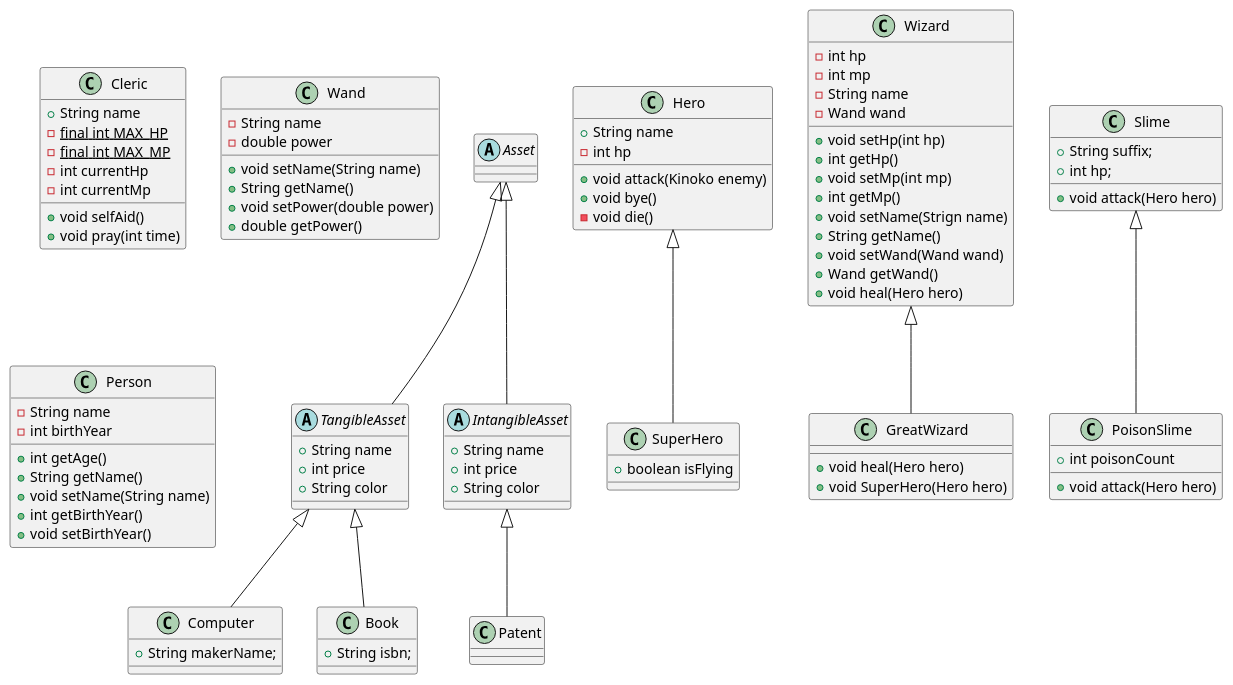
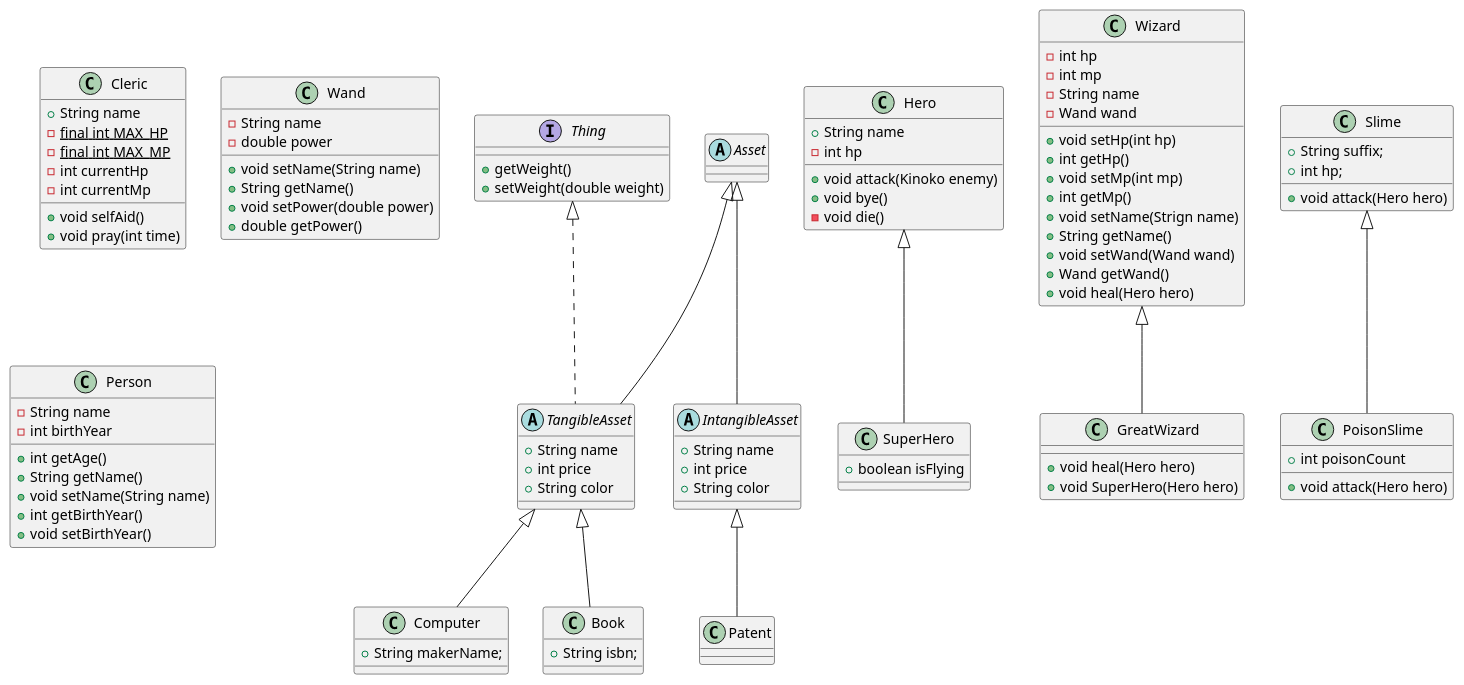
One commit to SurvivalCodingCampus/polytech_java_study changed the diagram in src/main/java/com/survivalcoding/game.puml. Above: the diagram before and after it, drawn with PlantUML.

Commit message:
design: Thing 인터페이스 추가

```diff
--- a/src/main/java/com/survivalcoding/game.puml
+++ b/src/main/java/com/survivalcoding/game.puml
@@ -1,97 +1,100 @@
 @startuml
 'https://plantuml.com/class-diagram
 class Computer extends TangibleAsset{
     + String makerName;
 }
 class Book extends TangibleAsset{
     + String isbn;
 }
-abstract class TangibleAsset extends Asset{
+abstract class TangibleAsset extends Asset implements Thing{
     + String name
     + int price
     + String color
 }
 class Patent extends IntangibleAsset{
 }
 abstract class IntangibleAsset extends Asset{
     + String name
     + int price
     + String color
 }
 abstract class Asset{
 }
-
+interface Thing{
+    + getWeight()
+    + setWeight(double weight)
+}
 
 class SuperHero extends Hero{
     + boolean isFlying
 }
 
 class Cleric{
     + String name
     - {static} final int MAX_HP
     - {static} final int MAX_MP
     - int currentHp
     - int currentMp
 
     + void selfAid()
     + void pray(int time)
 
 }
 class Hero {
     + String name
     - int hp
 
     + void attack(Kinoko enemy)
     + void bye()
     - void die()
 }
 class Wizard{
     - int hp
     - int mp
     - String name
     - Wand wand
 
     + void setHp(int hp)
     + int getHp()
     + void setMp(int mp)
     + int getMp()
     + void setName(Strign name)
     + String getName()
     + void setWand(Wand wand)
     + Wand getWand()
     + void heal(Hero hero)
 }
 class GreatWizard extends Wizard{
     + void heal(Hero hero)
     + void SuperHero(Hero hero)
 }
 class Slime{
     + String suffix;
     + int hp;
     + void attack(Hero hero)
 }
 class PoisonSlime extends Slime{
     + int poisonCount
     + void attack(Hero hero)
 }
 class Wand{
     - String name
     - double power
 
     + void setName(String name)
     + String getName()
     + void setPower(double power)
     + double getPower()
 }
 
 class Person{
     - String name
     - int birthYear
 
     + int getAge()
     + String getName()
     + void setName(String name)
     + int getBirthYear()
     + void setBirthYear()
 }
 @enduml
```
